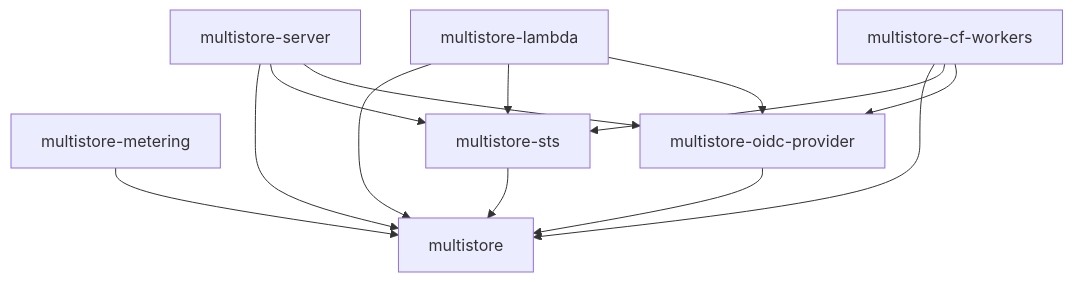
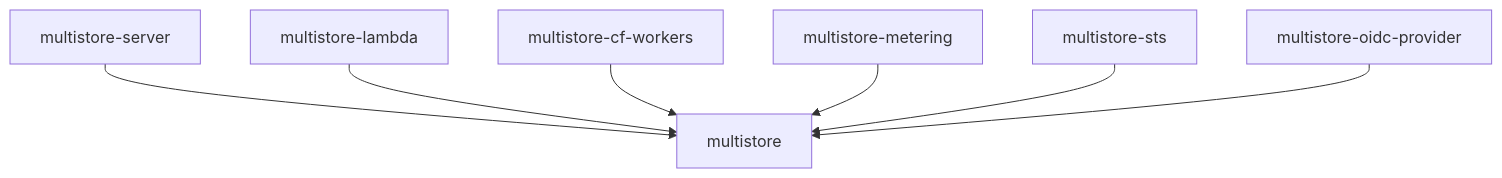
Before and after one commit to developmentseed/multistore: the diagram in docs/architecture/crate-layout.md, drawn with Mermaid. The commit also changed other lines of this file and 1 other file, not shown here.

First line of the commit message:
docs: update architecture docs for s3s migration

````diff
--- a/docs/architecture/crate-layout.md
+++ b/docs/architecture/crate-layout.md
@@ -93,23 +90,17 @@
 ```mermaid
 flowchart TD
     core["multistore"]
     metering["multistore-metering"]
     sts["multistore-sts"]
     oidc["multistore-oidc-provider"]
     server["multistore-server"]
     lambda["multistore-lambda"]
     workers["multistore-cf-workers"]
 
     server --> core
-    server --> sts
-    server --> oidc
     lambda --> core
-    lambda --> sts
-    lambda --> oidc
     workers --> core
-    workers --> sts
-    workers --> oidc
     metering --> core
     sts --> core
     oidc --> core
 ```
````
